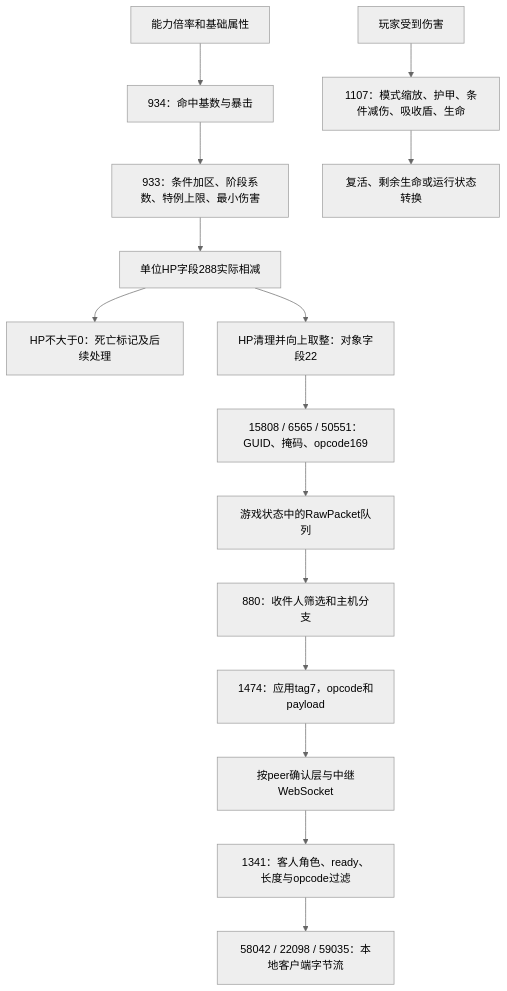
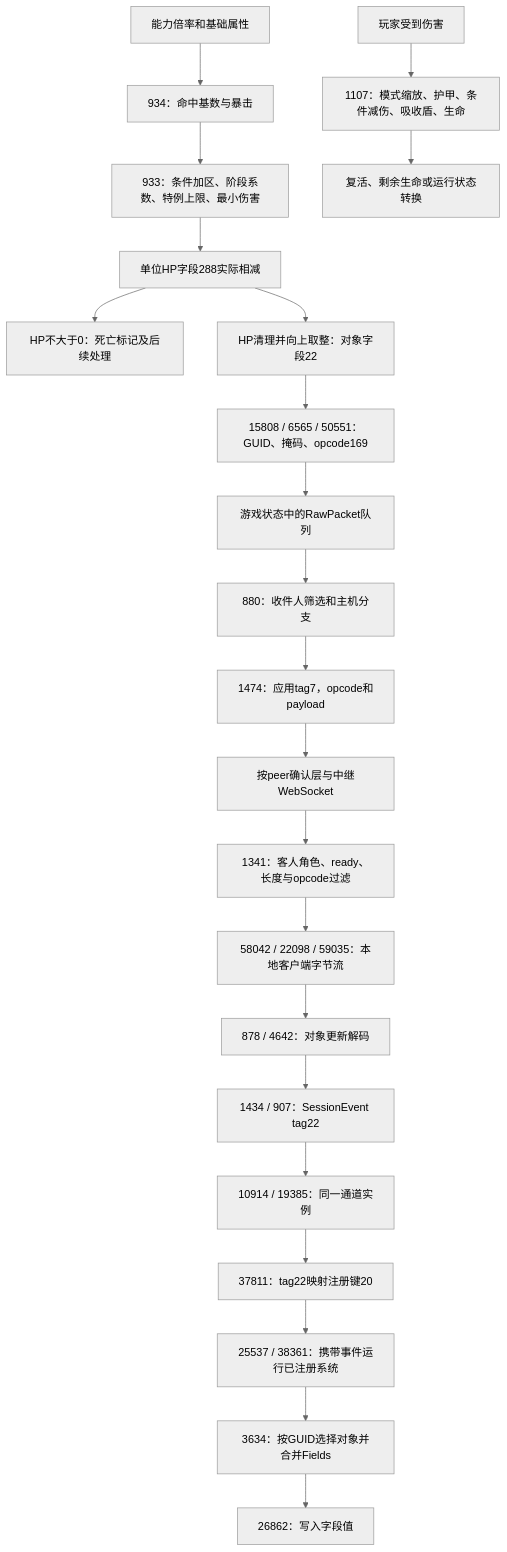
Before and after one commit to al90slj23/azeroth-ports: the diagram in reverse-engineering/CORE_MAP.md, drawn with Mermaid (neutral theme). The commit also changed other lines of this file and 12 other files, not shown here.

````diff
--- a/reverse-engineering/CORE_MAP.md
+++ b/reverse-engineering/CORE_MAP.md
@@ -7,17 +7,24 @@
 ```mermaid
 flowchart TD
     Ability[能力倍率和基础属性] --> Base[934：命中基数与暴击]
     Base --> Damage[933：条件加区、阶段系数、特例上限、最小伤害]
     Damage --> HP[单位HP字段288实际相减]
     HP --> Death[HP不大于0：死亡标记及后续处理]
     HP --> Fields[HP清理并向上取整：对象字段22]
     Fields --> Update[15808 / 6565 / 50551：GUID、掩码、opcode169]
     Update --> Pending[游戏状态中的RawPacket队列]
     Pending --> Host[880：收件人筛选和主机分支]
     Host --> App[1474：应用tag7，opcode和payload]
     App --> Transport[按peer确认层与中继WebSocket]
     Transport --> Guest[1341：客人角色、ready、长度与opcode过滤]
     Guest --> Ingress[58042 / 22098 / 59035：本地客户端字节流]
+    Ingress --> Decode[878 / 4642：对象更新解码]
+    Decode --> Convert[1434 / 907：SessionEvent tag22]
+    Convert --> Channel[10914 / 19385：同一通道实例]
+    Channel --> Dispatch[37811：tag22映射注册键20]
+    Dispatch --> Registered[25537 / 38361：携带事件运行已注册系统]
+    Registered --> Apply[3634：按GUID选择对象并合并Fields]
+    Apply --> Write[26862：写入字段值]
     Incoming[玩家受到伤害] --> Player[1107：模式缩放、护甲、条件减伤、吸收盾、生命]
     Player --> Revive[复活、剩余生命或运行状态转换]
 ```
````
